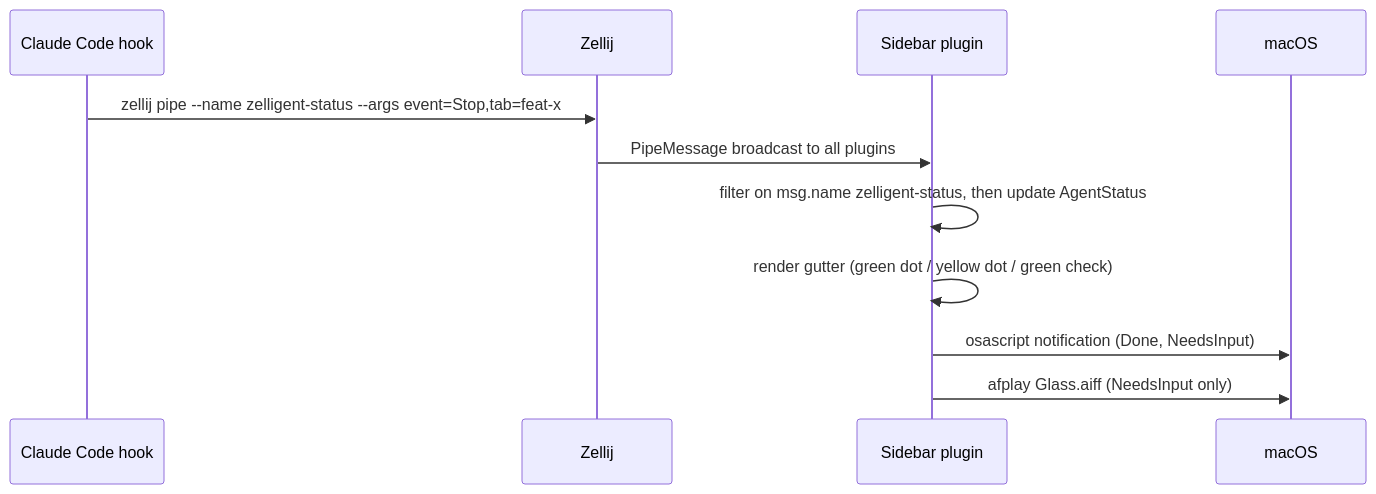
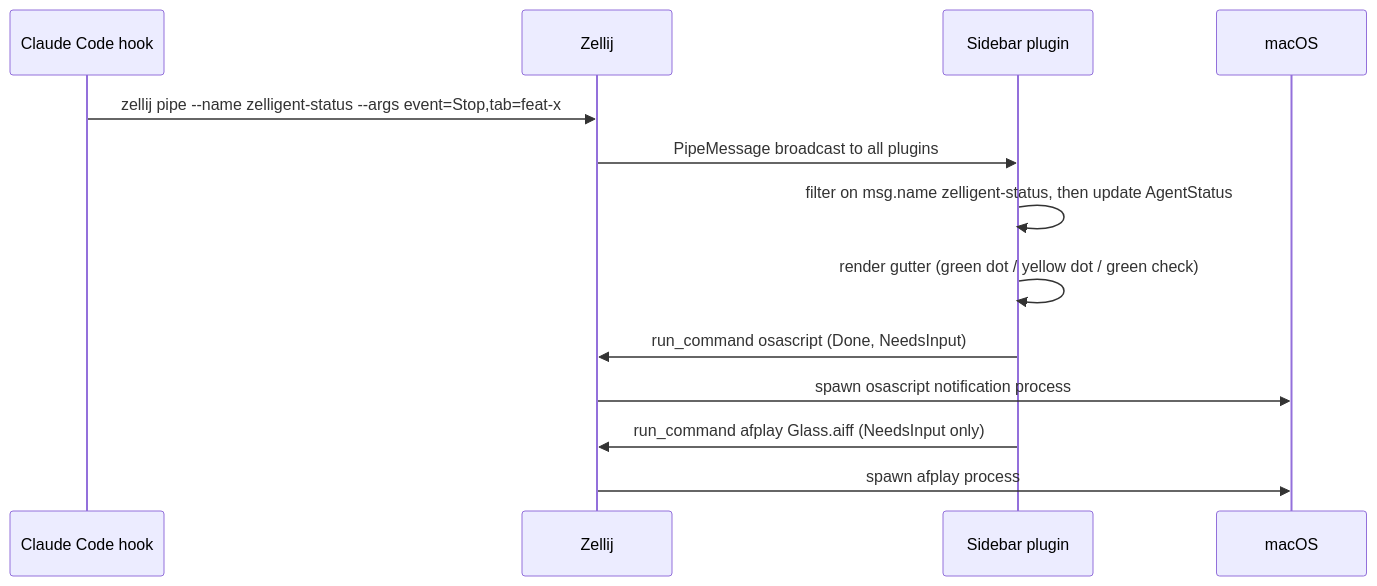
One commit to pcomans/zelligent changed the third of 3 diagrams in docs/ARCHITECTURE.md. Above: the diagram before and after it, drawn with Mermaid. The commit also changed 1 other file, not shown here.

Commit message:
docs: fix sandbox contradiction + Session-name-section label
Gemini review on the meeting-prep docs caught two real issues:

- ARCHITECTURE.md agent-status sequence diagram showed the WASM
  plugin calling osascript/afplay directly, contradicting the earlier
  "plugins are sandboxed and cannot shell out" statement. Route the
  notification calls through Zellij's run_command host shim, which is
  how the plugin actually does it.
- TESTING.md table row labeled "Session name generation" was
  misleading — the test exercises the branch-to-sanitized-name
  function, whose output is the tab name, not the session name (which
  is the repo's basename). Clarify in the row.

````diff
--- a/docs/ARCHITECTURE.md
+++ b/docs/ARCHITECTURE.md
@@ -141,13 +141,15 @@
 ```mermaid
 sequenceDiagram
     participant H as Claude Code hook
     participant Z as Zellij
     participant P as Sidebar plugin
     participant OS as macOS
     H->>Z: zellij pipe --name zelligent-status --args event=Stop,tab=feat-x
     Z->>P: PipeMessage broadcast to all plugins
     P->>P: filter on msg.name zelligent-status, then update AgentStatus
     P->>P: render gutter (green dot / yellow dot / green check)
-    P->>OS: osascript notification (Done, NeedsInput)
-    P->>OS: afplay Glass.aiff (NeedsInput only)
+    P->>Z: run_command osascript (Done, NeedsInput)
+    Z->>OS: spawn osascript notification process
+    P->>Z: run_command afplay Glass.aiff (NeedsInput only)
+    Z->>OS: spawn afplay process
 ```
````
